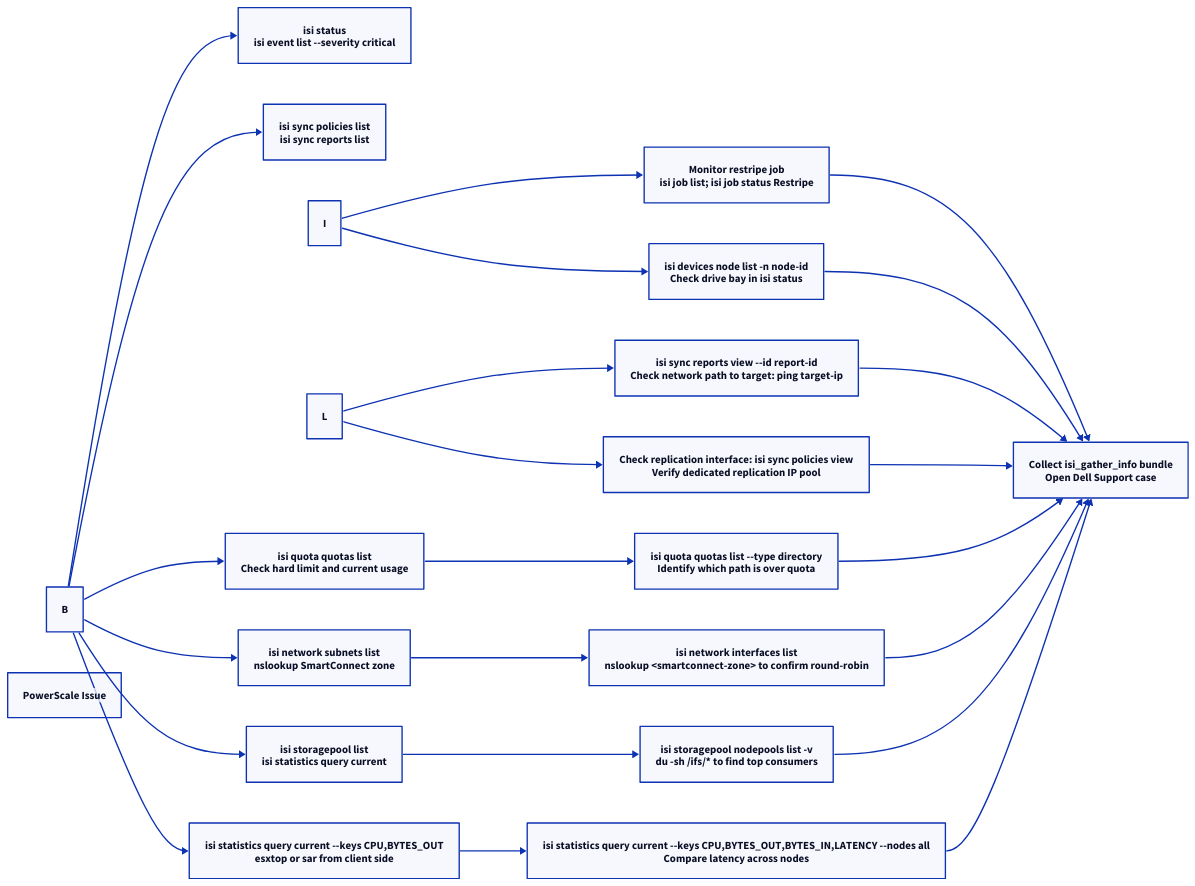
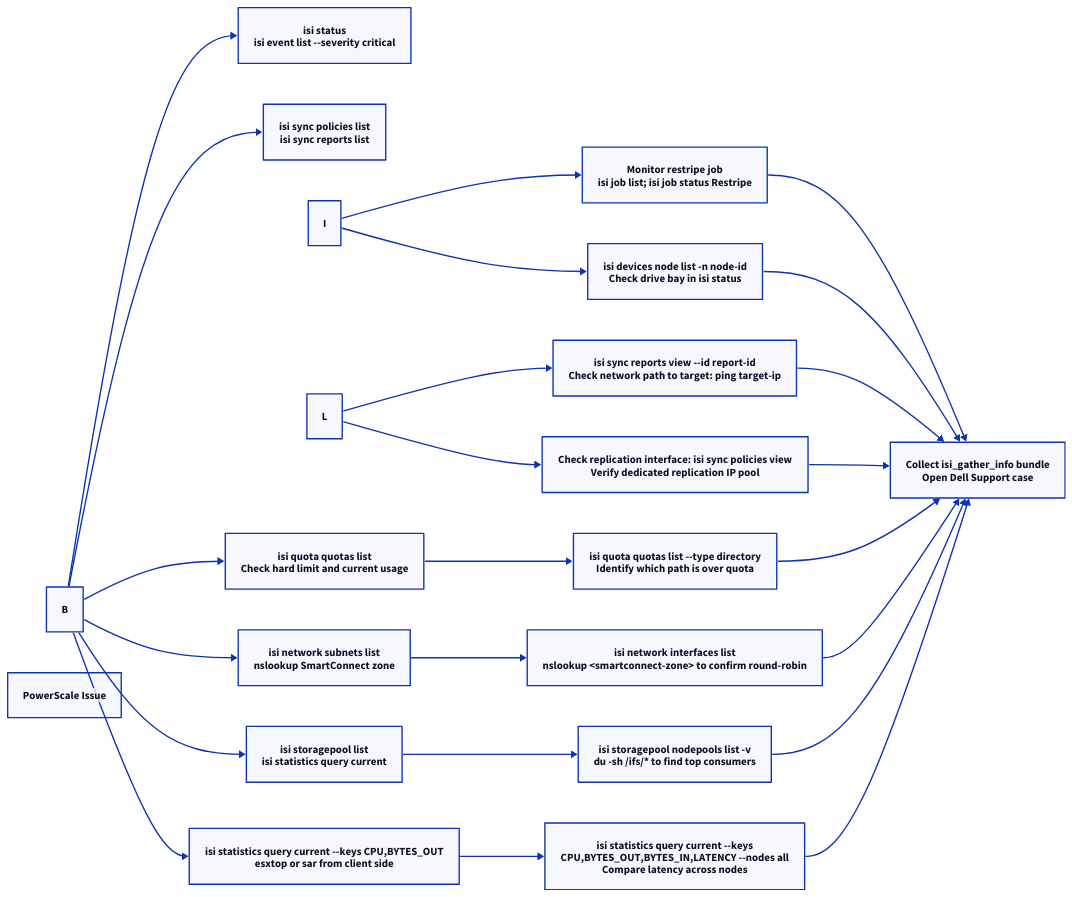
Before and after one commit to canast01/chris-kb: the first of 2 diagrams in docs/storage/dell/powerscale/troubleshooting/diagnostics.md, drawn with D2. The commit also changed other lines of this file and 192 other files, not shown here.

````diff
--- a/docs/storage/dell/powerscale/troubleshooting/diagnostics.md
+++ b/docs/storage/dell/powerscale/troubleshooting/diagnostics.md
@@ -17,46 +17,46 @@
 ```d2
 direction: right
 
 B: "B" {shape: rectangle}
 C: "isi status\nisi event list --severity critical" {shape: rectangle}
 D: "isi sync policies list\nisi sync reports list" {shape: rectangle}
 E: "isi quota quotas list\nCheck hard limit and current usage" {shape: rectangle}
 F: "isi network subnets list\nnslookup SmartConnect zone" {shape: rectangle}
 G: "isi storagepool list\nisi statistics query current" {shape: rectangle}
 H: "isi statistics query current --keys CPU,BYTES_OUT\nesxtop or sar from client side" {shape: rectangle}
 I: "I" {shape: rectangle}
 J: "Monitor restripe job\nisi job list; isi job status Restripe" {shape: rectangle}
 K: "isi devices node list -n node-id\nCheck drive bay in isi status" {shape: rectangle}
 L: "L" {shape: rectangle}
 M: "isi sync reports view --id report-id\nCheck network path to target: ping target-ip" {shape: rectangle}
 N: "Check replication interface: isi sync policies view\nVerify dedicated replication IP pool" {shape: rectangle}
 O: "isi quota quotas list --type directory\nIdentify which path is over quota" {shape: rectangle}
 P: "isi network interfaces list\nnslookup <smartconnect-zone> to confirm round-robin" {shape: rectangle}
 Q: "isi storagepool nodepools list -v\ndu -sh /ifs/* to find top consumers" {shape: rectangle}
-R: "isi statistics query current --keys CPU,BYTES_OUT,BYTES_IN,LATENCY --nodes all\nCompare latency across nodes" {shape: rectangle}
+R: "isi statistics query current --keys\nCPU,BYTES_OUT,BYTES_IN,LATENCY --nodes all\nCompare latency across nodes" {shape: rectangle}
 S: "Collect isi_gather_info bundle\nOpen Dell Support case" {shape: rectangle}
 A: "PowerScale Issue" {shape: rectangle}
 
 B -> C
 B -> D
 B -> E
 B -> F
 B -> G
 B -> H
 I -> J
 I -> K
 L -> M
 L -> N
 E -> O
 F -> P
 G -> Q
 H -> R
 J -> S
 K -> S
 M -> S
 N -> S
 O -> S
 P -> S
 Q -> S
 R -> S
 ```
````
